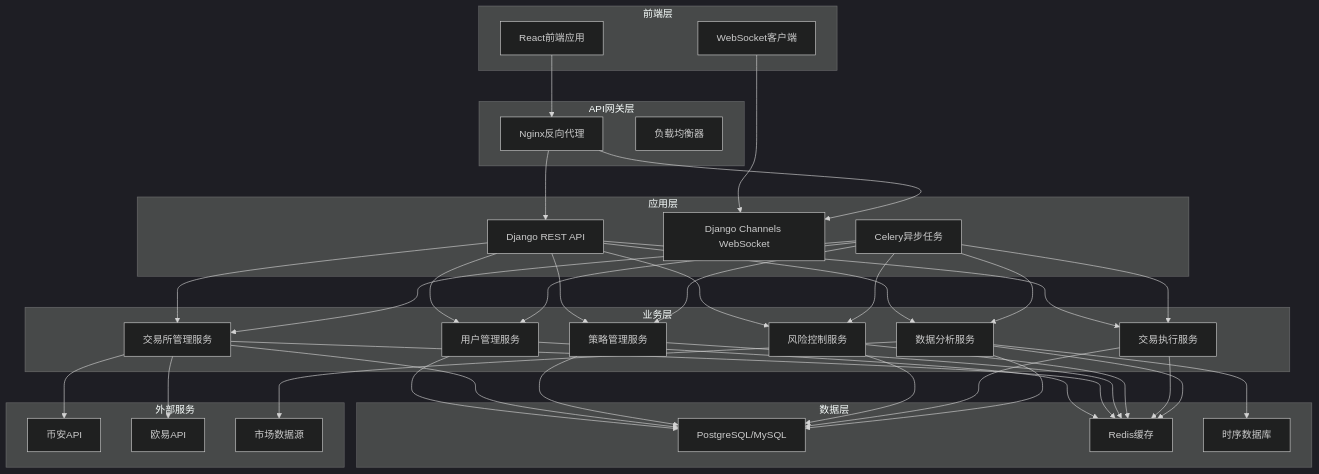
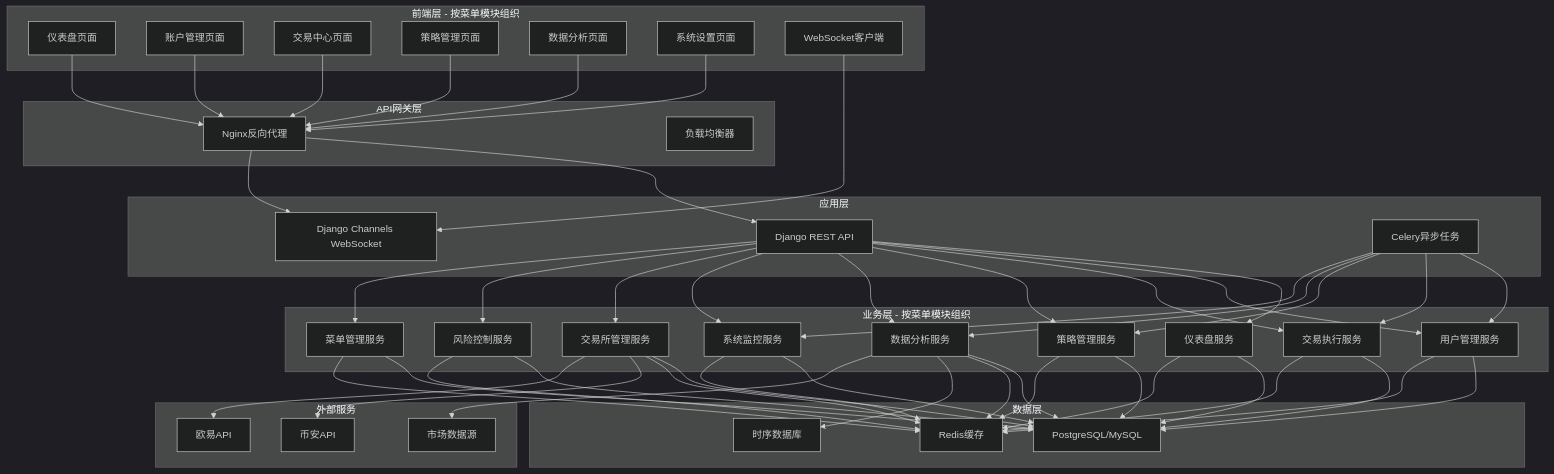
One commit to DRAGON-Yeah/QT changed the first of 7 diagrams in .kiro/specs/quanttrade-system/design.md. Above: the diagram before and after it, drawn with Mermaid (dark theme). The commit also changed other lines of this file and 5 other files, not shown here.

````diff
--- a/.kiro/specs/quanttrade-system/design.md
+++ b/.kiro/specs/quanttrade-system/design.md
@@ -11,7 +19,12 @@
 ```mermaid
 graph TB
-    subgraph "前端层"
-        A[React前端应用]
+    subgraph "前端层 - 按菜单模块组织"
+        A1[仪表盘页面]
+        A2[账户管理页面]
+        A3[交易中心页面]
+        A4[策略管理页面]
+        A5[数据分析页面]
+        A6[系统设置页面]
         B[WebSocket客户端]
     end
     
@@ -26,13 +39,16 @@
         G[Celery异步任务]
     end
     
-    subgraph "业务层"
-        H[用户管理服务]
+    subgraph "业务层 - 按菜单模块组织"
+        H1[仪表盘服务]
+        H2[用户管理服务]
+        H3[交易执行服务]
+        H4[策略管理服务]
+        H5[数据分析服务]
+        H6[系统监控服务]
         I[交易所管理服务]
-        J[策略管理服务]
-        K[风险控制服务]
-        L[交易执行服务]
-        M[数据分析服务]
+        J[风险控制服务]
+        K[菜单管理服务]
     end
     
     subgraph "数据层"
@@ -47,36 +63,49 @@
         S[市场数据源]
     end
     
-    A --> C
+    A1 --> C
+    A2 --> C
+    A3 --> C
+    A4 --> C
+    A5 --> C
+    A6 --> C
     B --> F
     C --> E
     C --> F
-    E --> H
+    E --> H1
+    E --> H2
+    E --> H3
+    E --> H4
+    E --> H5
+    E --> H6
     E --> I
     E --> J
     E --> K
-    E --> L
-    E --> M
-    G --> H
-    G --> I
-    G --> J
-    G --> K
-    G --> L
-    G --> M
-    H --> N
+    G --> H2
+    G --> H3
+    G --> H4
+    G --> H5
+    G --> H6
+    H1 --> N
+    H2 --> N
+    H3 --> N
+    H4 --> N
+    H5 --> N
+    H6 --> N
     I --> N
     J --> N
     K --> N
-    L --> N
-    M --> N
-    H --> O
+    H1 --> O
+    H2 --> O
+    H3 --> O
+    H4 --> O
+    H5 --> O
+    H6 --> O
     I --> O
     J --> O
     K --> O
-    L --> O
-    M --> O
-    M --> P
+    H5 --> P
     I --> Q
     I --> R
-    M --> S
+    H5 --> S
 ```
````
